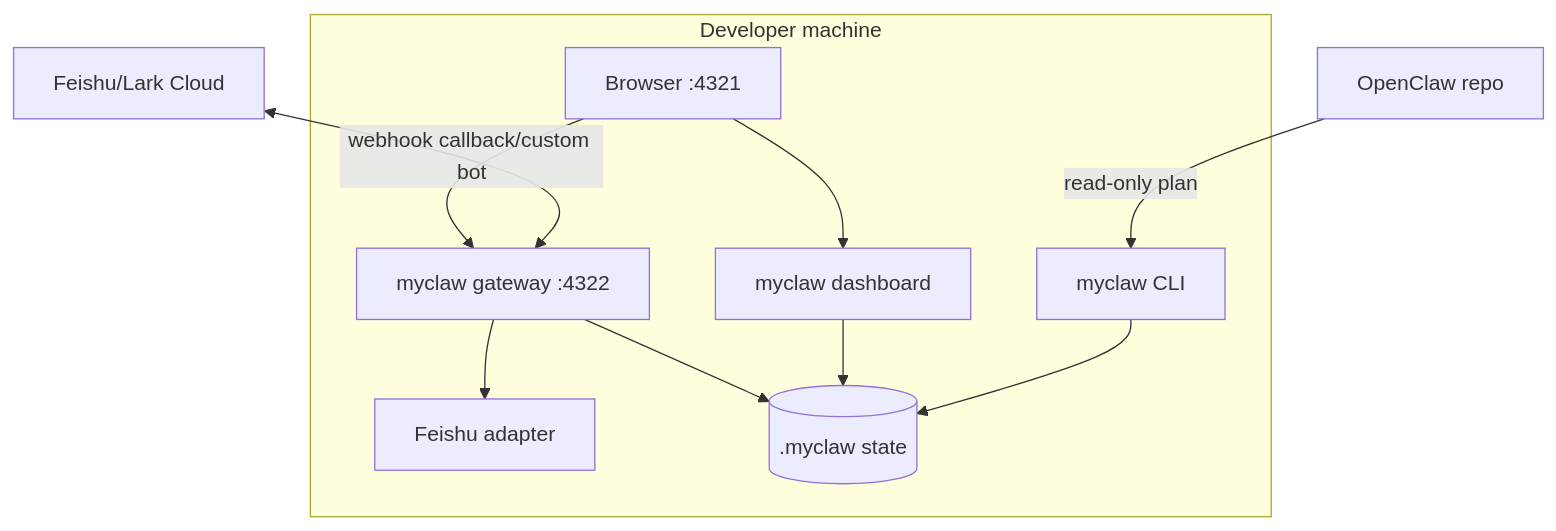
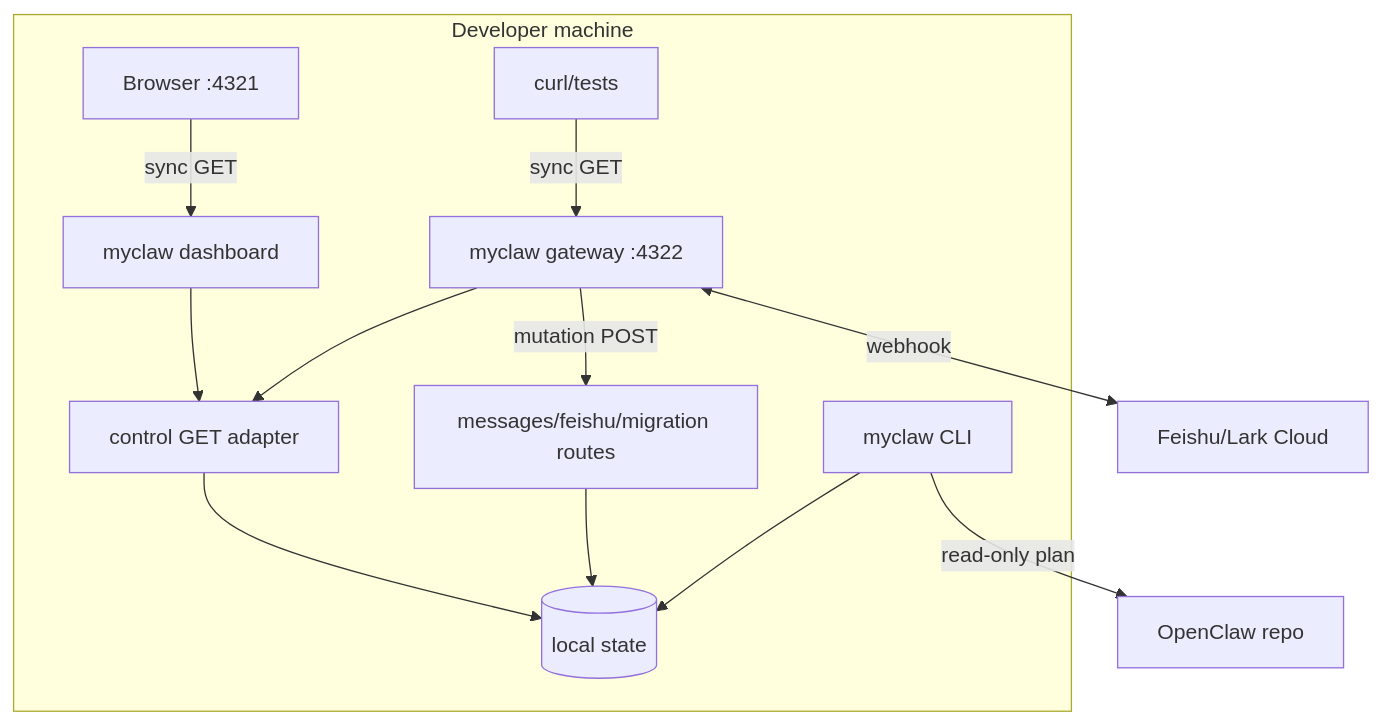
Before and after one commit to mayf3/myclaw: the ninth of 9 diagrams in docs/implementation-architecture.md, drawn with Mermaid. The commit also changed other lines of this file and 27 other files, not shown here.

Commit message:
feat: add human experiment roadmap

````diff
--- a/docs/implementation-architecture.md
+++ b/docs/implementation-architecture.md
@@ -239,13 +254,15 @@
 ```mermaid
 flowchart TB
   subgraph Localhost[Developer machine]
-    Browser[Browser :4321] --> Dashboard[myclaw dashboard]
-    Browser --> Gateway[myclaw gateway :4322]
-    Gateway --> Adapter[Feishu adapter]
-    Gateway --> State[(.myclaw state)]
-    Dashboard --> State
+    Browser[Browser :4321] -->|sync GET| Dashboard[myclaw dashboard]
+    Curl[curl/tests] -->|sync GET| Gateway[myclaw gateway :4322]
+    Dashboard --> RouteAdapter[control GET adapter]
+    Gateway --> RouteAdapter
+    Gateway -->|mutation POST| Messages[messages/feishu/migration routes]
+    Messages --> State[(local state)]
+    RouteAdapter --> State
     CLI[myclaw CLI] --> State
   end
-  Feishu[Feishu/Lark Cloud] <-->|webhook callback/custom bot| Gateway
-  OpenClawRepo[OpenClaw repo] -->|read-only plan| CLI
+  Gateway <-->|webhook| Feishu[Feishu/Lark Cloud]
+  CLI -->|read-only plan| OpenClaw[OpenClaw repo]
 ```
````
